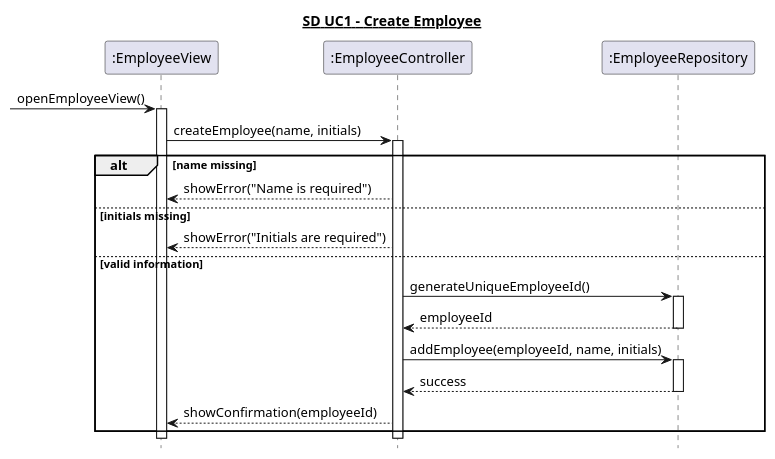
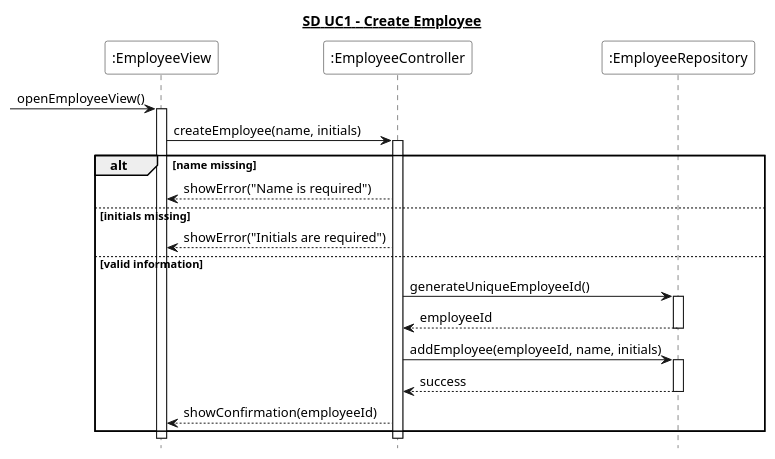
The diagram in 6. Sekvens Diagrammer/UC1_opret_medarbejder.puml (Zoabz/Getting-Real), drawn with PlantUML before and after one commit. The commit also changed 8 other files, not shown here.

```diff
--- a/6. Sekvens Diagrammer/UC1_opret_medarbejder.puml
+++ b/6. Sekvens Diagrammer/UC1_opret_medarbejder.puml
@@ -1,38 +1,40 @@
 @startuml
 hide footbox
 title <U>SD UC1 - Create Employee
 
-participant ":EmployeeView" as View
-participant ":EmployeeController" as Controller
-participant ":EmployeeRepository" as Repository
+participant ":EmployeeView" as View #White
+participant ":EmployeeController" as Controller #White
+participant ":EmployeeRepository" as Repository #White
+
+
 
 [-> View : openEmployeeView()
 activate View
 
 View -> Controller : createEmployee(name, initials)
 activate Controller
 
 alt name missing
     Controller --> View : showError("Name is required")
 
 else initials missing
     Controller --> View : showError("Initials are required")
 
 else valid information
     Controller -> Repository : generateUniqueEmployeeId()
     activate Repository
     Repository --> Controller : employeeId
     deactivate Repository
 
     Controller -> Repository : addEmployee(employeeId, name, initials)
     activate Repository
     Repository --> Controller : success
     deactivate Repository
 
     Controller --> View : showConfirmation(employeeId)
 end
 
 deactivate Controller
 deactivate View
 
 @enduml
```
